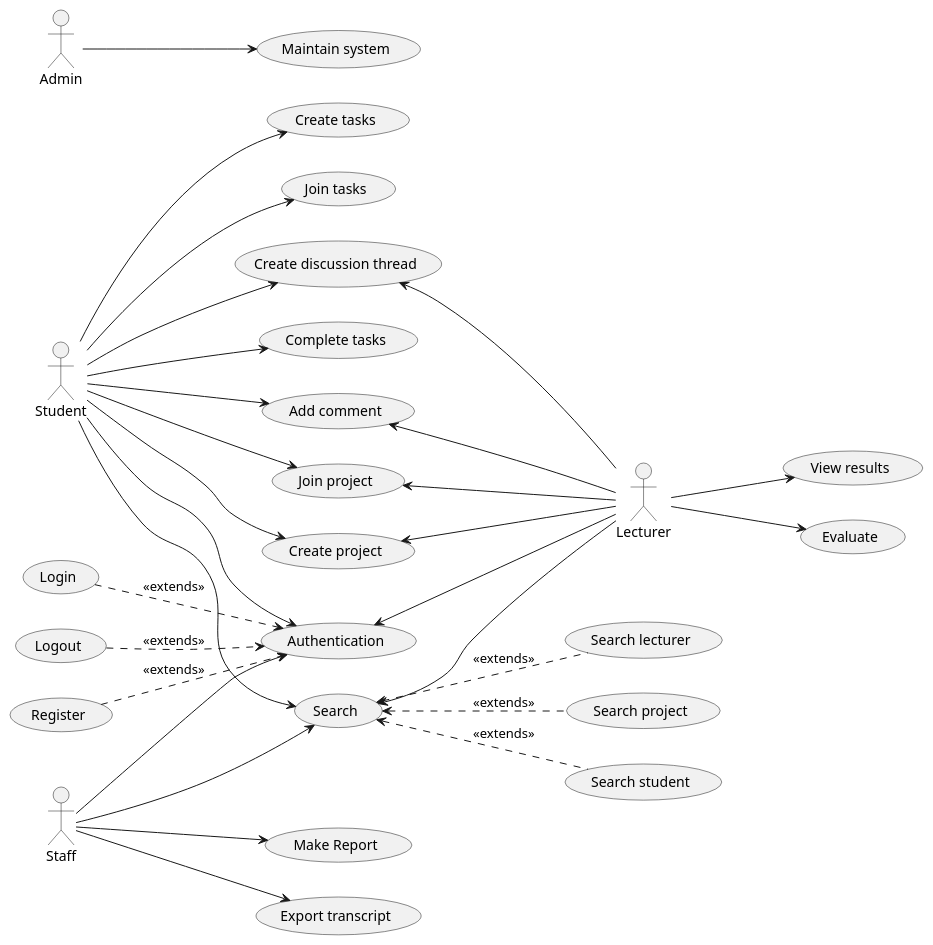
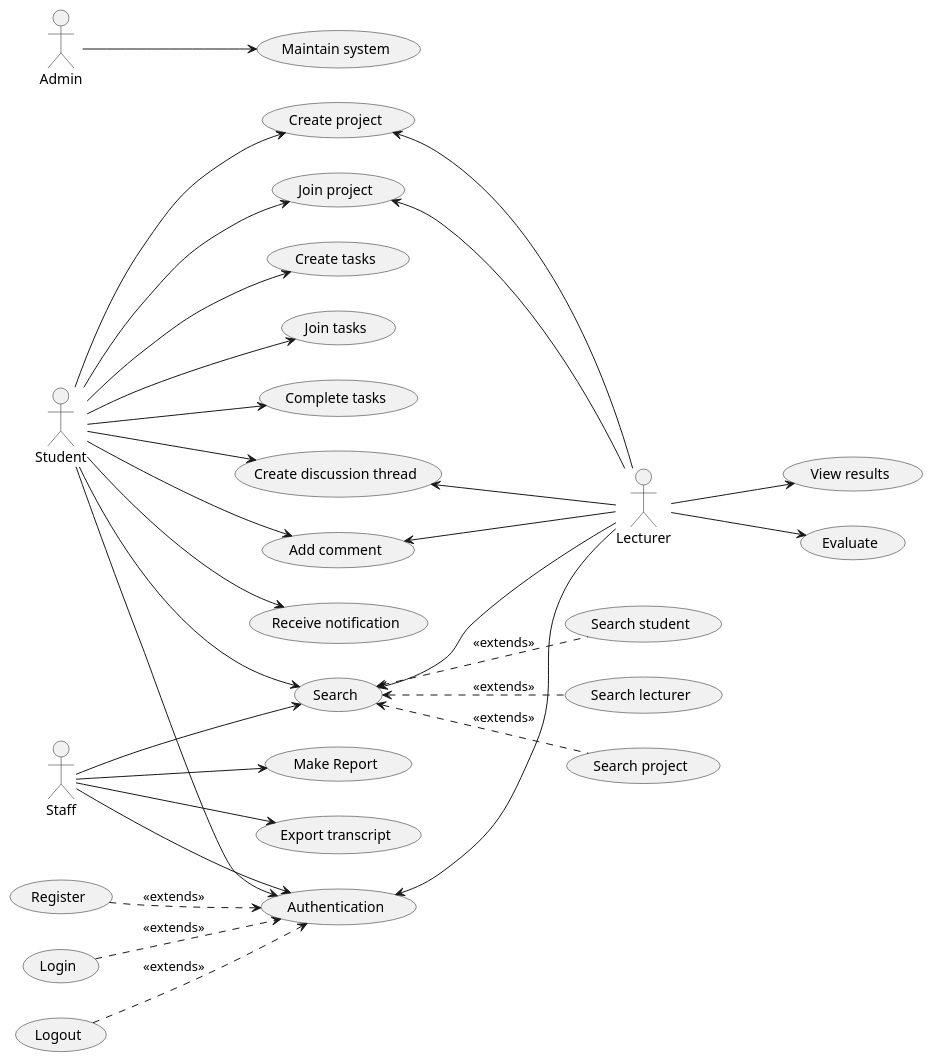
One commit to Huy-Ngo/acanban changed the diagram in docs/source/requirements/use-case-model.rst. Above: the diagram before and after it, drawn with PlantUML. The commit also changed other lines of this file, not shown here.

```diff
--- a/docs/source/requirements/use-case-model.rst
+++ b/docs/source/requirements/use-case-model.rst
@@ -4,67 +4,69 @@
 .. uml::
 
    left to right direction
    actor Student
    actor Staff
    actor Admin
    actor Lecturer
 
    usecase "Create project" as CreateP
    usecase "Join project" as JoinP
    usecase "Create tasks" as CreateT
    usecase "Join tasks" as JoinT
    usecase "Complete tasks" as Complete
    usecase "View results" as View
    usecase Evaluate
    usecase "Create discussion thread" as Thread
    usecase "Add comment" as Comment
+   usecase "Receive notification" as Notification
 
    usecase Search
    usecase "Search student" as SearchS
    usecase "Search lecturer" as SearchL
    usecase "Search project" as SearchP
 
    usecase Authentication
    usecase Register
    usecase Login
    usecase Logout
 
    usecase "Make Report" as Report
    usecase "Export transcript" as Export
 
    usecase "Maintain system" as Maintain
 
    Staff --> Search
    Staff --> Export
    Staff --> Report
    Staff --> Authentication
 
    Student --> Search
    Student --> CreateP
    Student --> CreateT
    Student --> JoinP
    Student --> JoinT
    Student --> Complete
    Student --> Thread
    Student --> Comment
+   Student --> Notification
    Student --> Authentication
 
    Search <-- Lecturer
    CreateP <-- Lecturer
    JoinP <-- Lecturer
    Thread <-- Lecturer
    Comment <-- Lecturer
    Authentication <-- Lecturer
 
    Lecturer --> View
    Lecturer --> Evaluate
 
    Admin --> Maintain
 
    Search <.. SearchS: <<extends>>
    Search <.. SearchL: <<extends>>
    Search <.. SearchP: <<extends>>
 
    Register ..> Authentication : <<extends>>
    Login ..> Authentication : <<extends>>
    Logout ..> Authentication : <<extends>>
```
